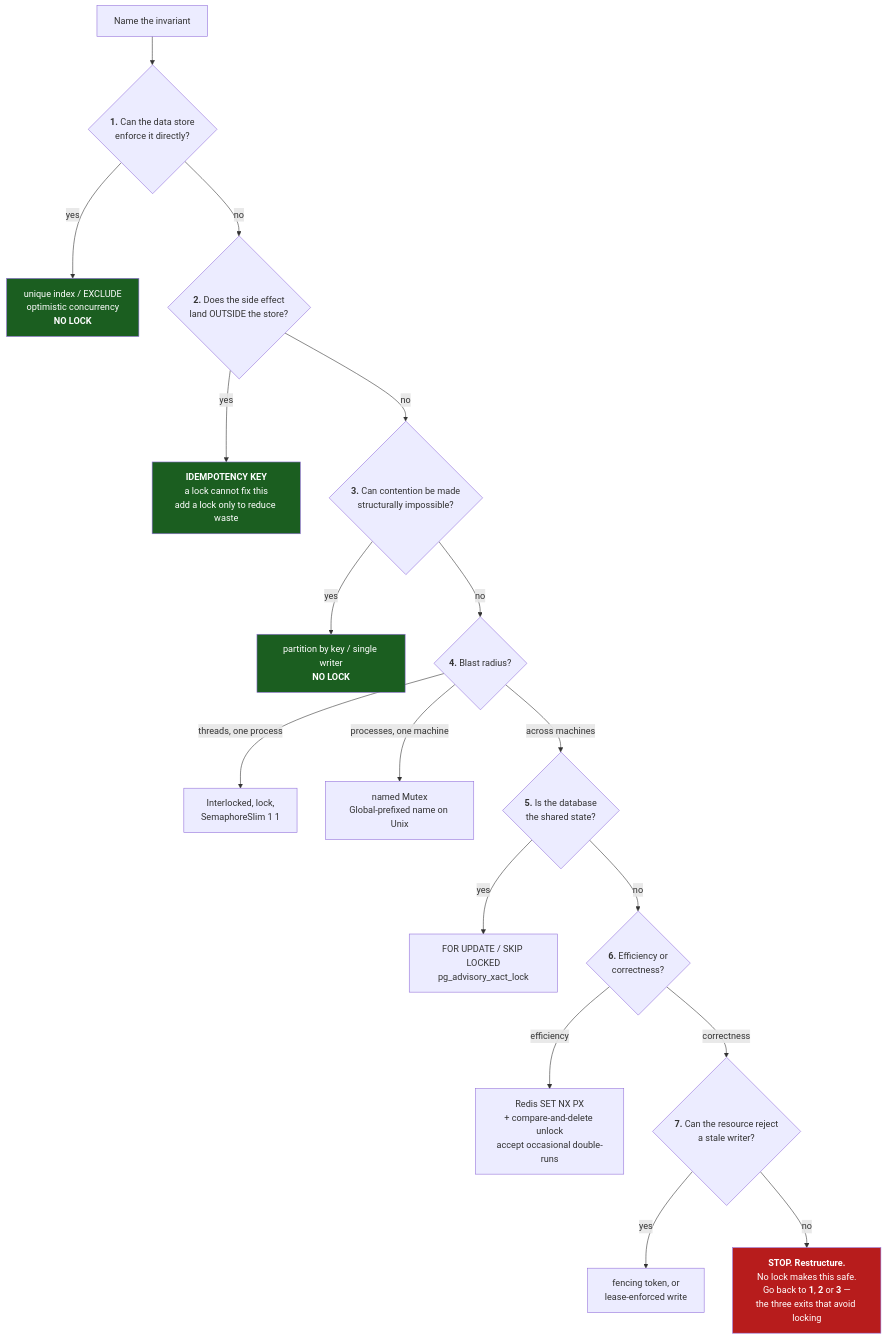
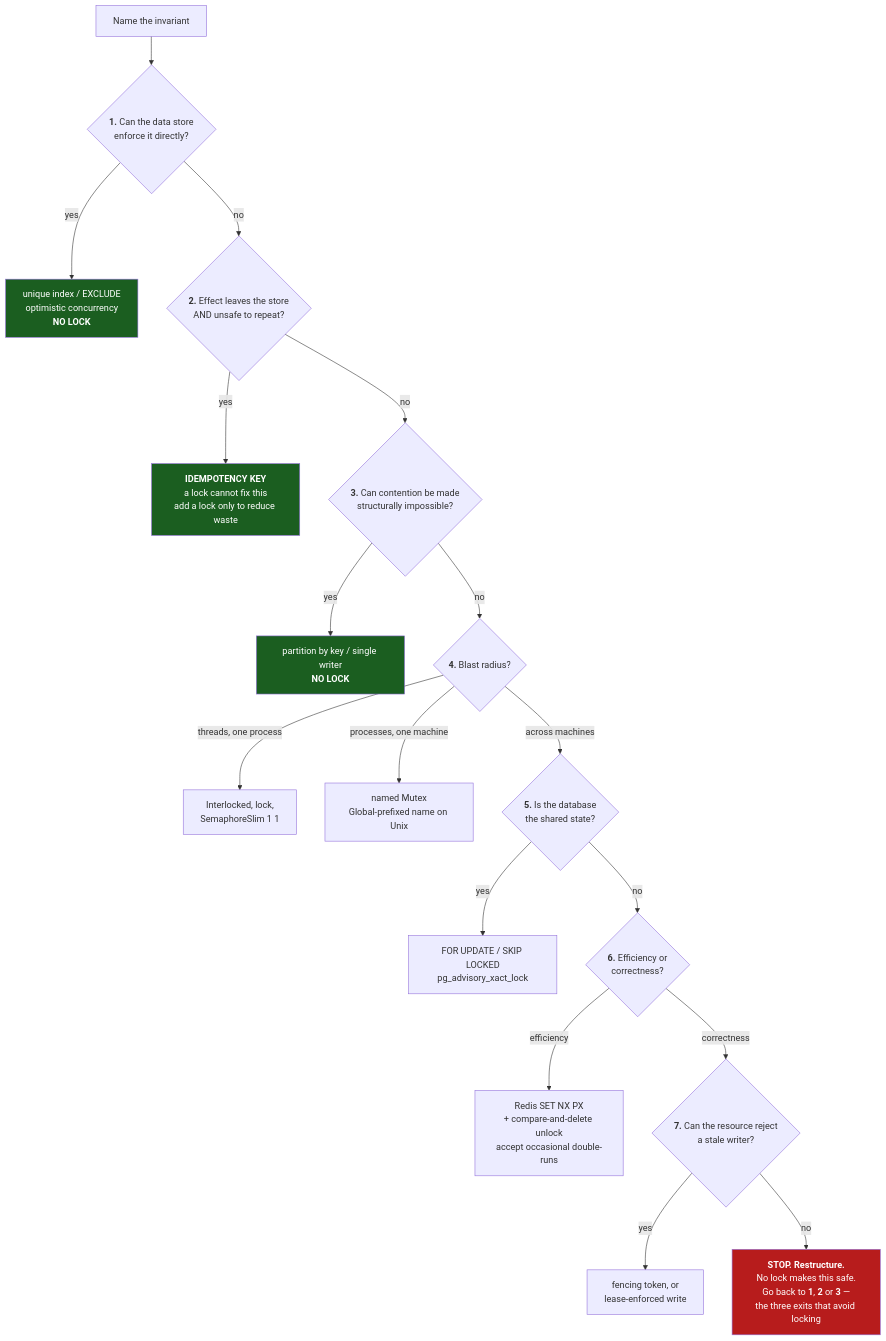
Before and after one commit to fu-infotrack/system-design-sessions: the diagram in 01-locking/FRAMEWORK.md, drawn with Mermaid. The commit also changed other lines of this file and 5 other files, not shown here.

````diff
--- a/01-locking/FRAMEWORK.md
+++ b/01-locking/FRAMEWORK.md
@@ -243,24 +261,24 @@
 ```mermaid
 flowchart TD
     A["Name the invariant"] --> B{"<b>1.</b> Can the data store<br/>enforce it directly?"}
     B -->|yes| B1["unique index / EXCLUDE<br/>optimistic concurrency<br/><b>NO LOCK</b>"]
-    B -->|no| C{"<b>2.</b> Does the side effect<br/>land OUTSIDE the store?"}
+    B -->|no| C{"<b>2.</b> Effect leaves the store<br/>AND unsafe to repeat?"}
     C -->|yes| C1["<b>IDEMPOTENCY KEY</b><br/>a lock cannot fix this<br/>add a lock only to reduce waste"]
     C -->|no| D{"<b>3.</b> Can contention be made<br/>structurally impossible?"}
     D -->|yes| D1["partition by key / single writer<br/><b>NO LOCK</b>"]
     D -->|no| E{"<b>4.</b> Blast radius?"}
     E -->|"threads, one process"| E1["Interlocked, lock,<br/>SemaphoreSlim 1 1"]
     E -->|"processes, one machine"| E2["named Mutex<br/>Global-prefixed name on Unix"]
     E -->|"across machines"| F{"<b>5.</b> Is the database<br/>the shared state?"}
     F -->|yes| F1["FOR UPDATE / SKIP LOCKED<br/>pg_advisory_xact_lock"]
     F -->|no| G{"<b>6.</b> Efficiency or<br/>correctness?"}
     G -->|efficiency| G1["Redis SET NX PX<br/>+ compare-and-delete unlock<br/>accept occasional double-runs"]
     G -->|correctness| H{"<b>7.</b> Can the resource reject<br/>a stale writer?"}
     H -->|yes| H1["fencing token, or<br/>lease-enforced write"]
     H -->|no| H2["<b>STOP. Restructure.</b><br/>No lock makes this safe.<br/>Go back to <b>1</b>, <b>2</b> or <b>3</b> —<br/>the three exits that avoid locking"]
 
     style B1 fill:#1b5e20,color:#fff
     style C1 fill:#1b5e20,color:#fff
     style D1 fill:#1b5e20,color:#fff
     style H2 fill:#b71c1c,color:#fff
 ```
````
